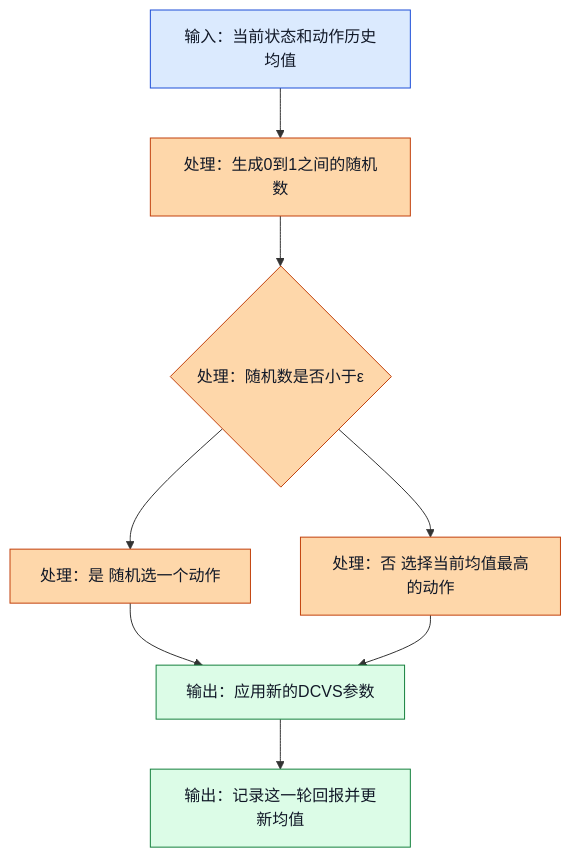
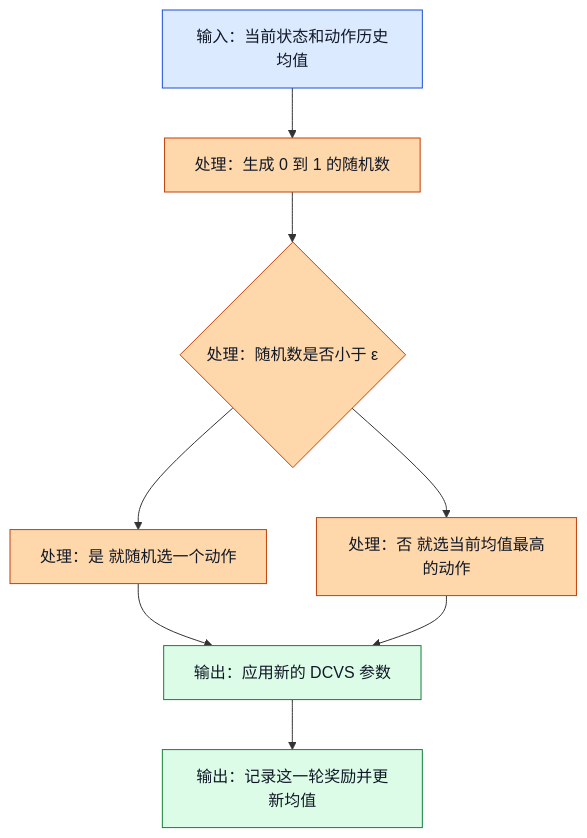
The second of 6 diagrams in learn/03_Exploration_vs_Exploitation.md (Mrphase/RL-Doc), drawn with Mermaid before and after one commit. The commit also changed other lines of this file, not shown here.

````diff
--- a/learn/03_Exploration_vs_Exploitation.md
+++ b/learn/03_Exploration_vs_Exploitation.md
@@ -283,17 +295,18 @@
 ```mermaid
 flowchart TD
-    A[输入：当前状态和动作历史均值] --> B[处理：生成0到1之间的随机数]
-    B --> C{处理：随机数是否小于ε}
-    C --> D[处理：是 随机选一个动作]
-    C --> E[处理：否 选择当前均值最高的动作]
-    D --> F[输出：应用新的DCVS参数]
+    A[输入：当前状态和动作历史均值] --> B[处理：生成 0 到 1 的随机数]
+    B --> C{处理：随机数是否小于 ε}
+    C --> D[处理：是 就随机选一个动作]
+    C --> E[处理：否 就选当前均值最高的动作]
+    D --> F[输出：应用新的 DCVS 参数]
     E --> F
-    F --> G[输出：记录这一轮回报并更新均值]
+    F --> G[输出：记录这一轮奖励并更新均值]
 
     classDef input fill:#dbeafe,stroke:#1d4ed8,color:#111827;
     classDef process fill:#fed7aa,stroke:#c2410c,color:#111827;
     classDef output fill:#dcfce7,stroke:#15803d,color:#111827;
+
     class A input;
     class B,C,D,E process;
     class F,G output;
 ```
````
